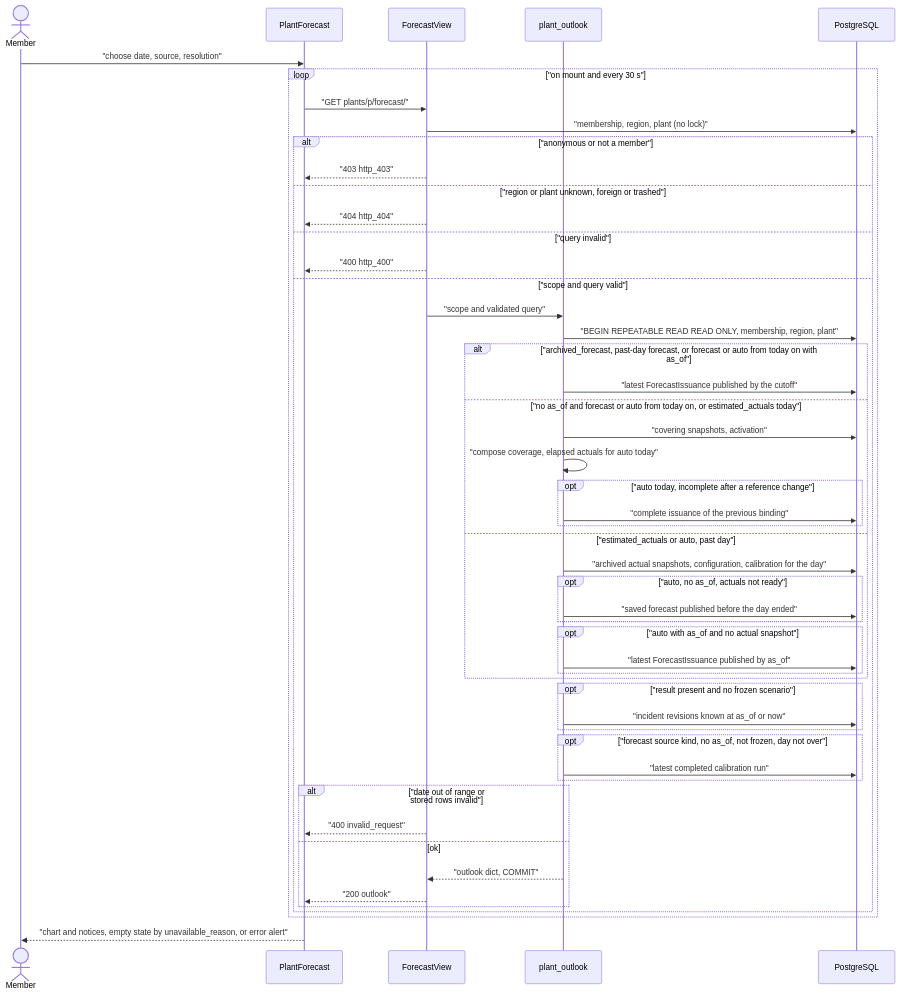
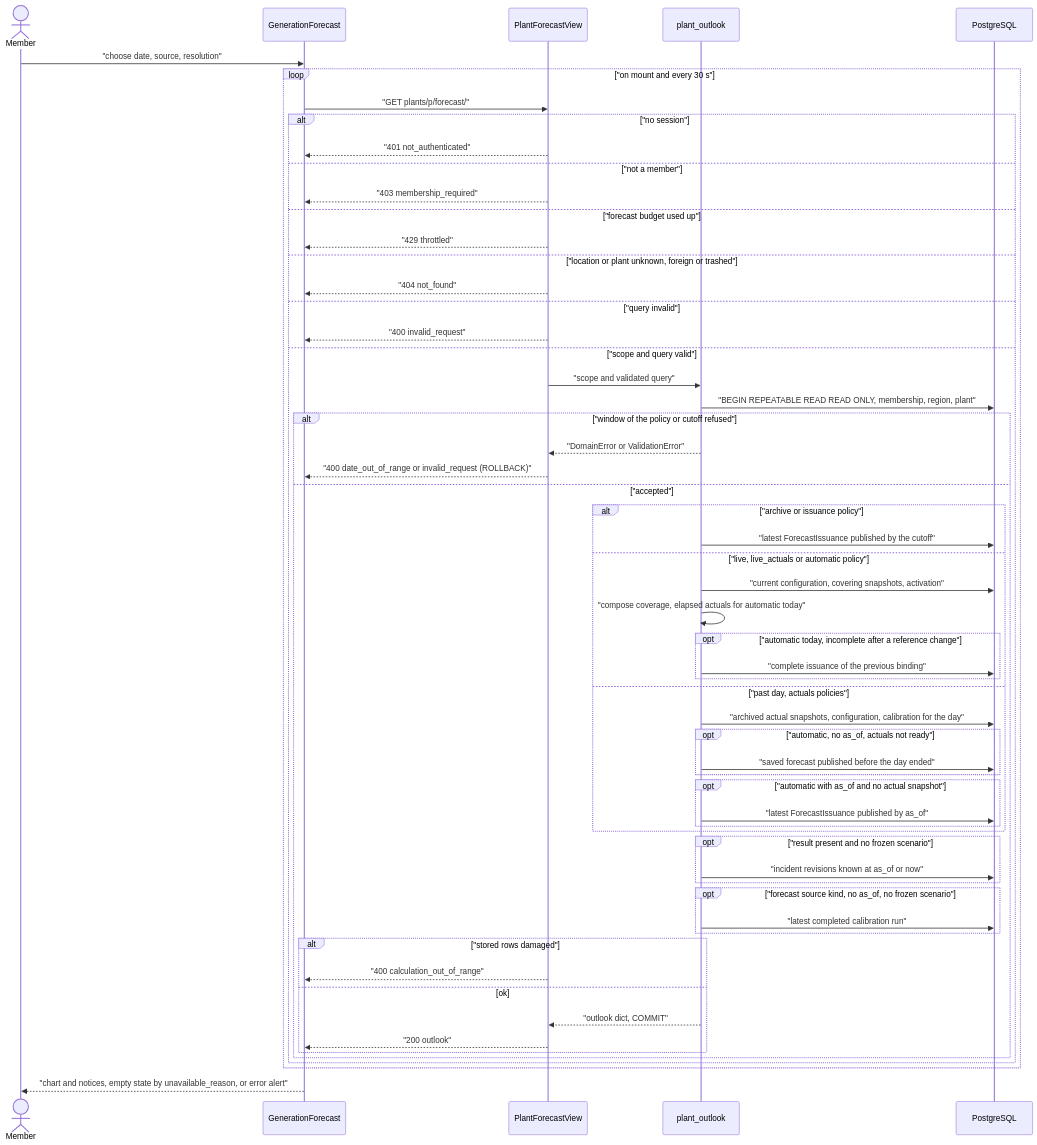
The diagram in docs/flows/forecast-view.md (erkurtharun/pyracast), drawn with Mermaid before and after one commit. The commit also changed other lines of this file and 85 other files, not shown here.

First line of the commit message:
Bring the flow pages in line with the code (#107)

````diff
--- a/docs/flows/forecast-view.md
+++ b/docs/flows/forecast-view.md
@@ -13,53 +13,61 @@
 ```mermaid
 sequenceDiagram
     actor U as Member
-    participant S as PlantForecast
-    participant V as ForecastView
+    participant S as GenerationForecast
+    participant V as PlantForecastView
     participant O as plant_outlook
     participant DB as PostgreSQL
     U->>S: "choose date, source, resolution"
     loop "on mount and every 30 s"
         S->>V: "GET plants/p/forecast/"
-        V->>DB: "membership, region, plant (no lock)"
-        alt "anonymous or not a member"
-            V-->>S: "403 http_403"
-        else "region or plant unknown, foreign or trashed"
-            V-->>S: "404 http_404"
+        alt "no session"
+            V-->>S: "401 not_authenticated"
+        else "not a member"
+            V-->>S: "403 membership_required"
+        else "forecast budget used up"
+            V-->>S: "429 throttled"
+        else "location or plant unknown, foreign or trashed"
+            V-->>S: "404 not_found"
         else "query invalid"
-            V-->>S: "400 http_400"
+            V-->>S: "400 invalid_request"
         else "scope and query valid"
             V->>O: "scope and validated query"
             O->>DB: "BEGIN REPEATABLE READ READ ONLY, membership, region, plant"
-            alt "archived_forecast, past-day forecast, or forecast or auto from today on with as_of"
-                O->>DB: "latest ForecastIssuance published by the cutoff"
-            else "no as_of and forecast or auto from today on, or estimated_actuals today"
-                O->>DB: "covering snapshots, activation"
-                O->>O: "compose coverage, elapsed actuals for auto today"
-                opt "auto today, incomplete after a reference change"
-                    O->>DB: "complete issuance of the previous binding"
+            alt "window of the policy or cutoff refused"
+                O-->>V: "DomainError or ValidationError"
+                V-->>S: "400 date_out_of_range or invalid_request (ROLLBACK)"
+            else "accepted"
+                alt "archive or issuance policy"
+                    O->>DB: "latest ForecastIssuance published by the cutoff"
+                else "live, live_actuals or automatic policy"
+                    O->>DB: "current configuration, covering snapshots, activation"
+                    O->>O: "compose coverage, elapsed actuals for automatic today"
+                    opt "automatic today, incomplete after a reference change"
+                        O->>DB: "complete issuance of the previous binding"
+                    end
+                else "past day, actuals policies"
+                    O->>DB: "archived actual snapshots, configuration, calibration for the day"
+                    opt "automatic, no as_of, actuals not ready"
+                        O->>DB: "saved forecast published before the day ended"
+                    end
+                    opt "automatic with as_of and no actual snapshot"
+                        O->>DB: "latest ForecastIssuance published by as_of"
+                    end
                 end
-            else "estimated_actuals or auto, past day"
-                O->>DB: "archived actual snapshots, configuration, calibration for the day"
-                opt "auto, no as_of, actuals not ready"
-                    O->>DB: "saved forecast published before the day ended"
+                opt "result present and no frozen scenario"
+                    O->>DB: "incident revisions known at as_of or now"
                 end
-                opt "auto with as_of and no actual snapshot"
-                    O->>DB: "latest ForecastIssuance published by as_of"
+                opt "forecast source kind, no as_of, no frozen scenario"
+                    O->>DB: "latest completed calibration run"
                 end
-            end
-            opt "result present and no frozen scenario"
-                O->>DB: "incident revisions known at as_of or now"
-            end
-            opt "forecast source kind, no as_of, not frozen, day not over"
-                O->>DB: "latest completed calibration run"
-            end
-            alt "date out of range or stored rows invalid"
-                V-->>S: "400 invalid_request"
-            else ok
-                O-->>V: "outlook dict, COMMIT"
-                V-->>S: "200 outlook"
+                alt "stored rows damaged"
+                    V-->>S: "400 calculation_out_of_range"
+                else ok
+                    O-->>V: "outlook dict, COMMIT"
+                    V-->>S: "200 outlook"
+                end
             end
         end
     end
     S-->>U: "chart and notices, empty state by unavailable_reason, or error alert"
 ```
````
